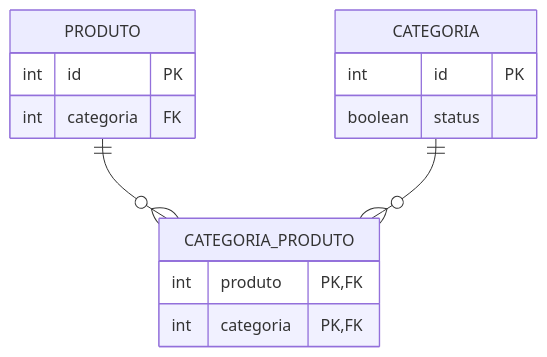
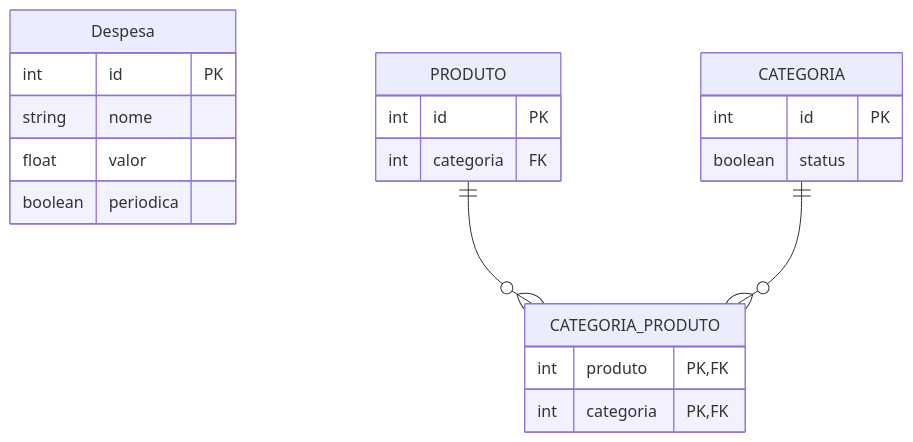
Before and after one commit to Control-Cash/controlcash: the diagram in docs/documento-de-modelos.md, drawn with Mermaid.

Commit message:
Adiciona atributos da tabela Despesa #32

````diff
--- a/docs/documento-de-modelos.md
+++ b/docs/documento-de-modelos.md
@@ -5,20 +5,27 @@
 ```mermaid
 erDiagram
+  Despesa {
+    int id PK
+    string nome
+    float valor
+    boolean periodica
+  }
+
   PRODUTO {
     int id PK
     int categoria FK
   }
 
   CATEGORIA_PRODUTO {
     int produto PK, FK
     int categoria PK, FK
   }
 
   CATEGORIA {
     int id PK
     boolean status
   }
 
   PRODUTO ||--o{ CATEGORIA_PRODUTO : ""
   CATEGORIA ||--o{ CATEGORIA_PRODUTO : ""
 ```
````
